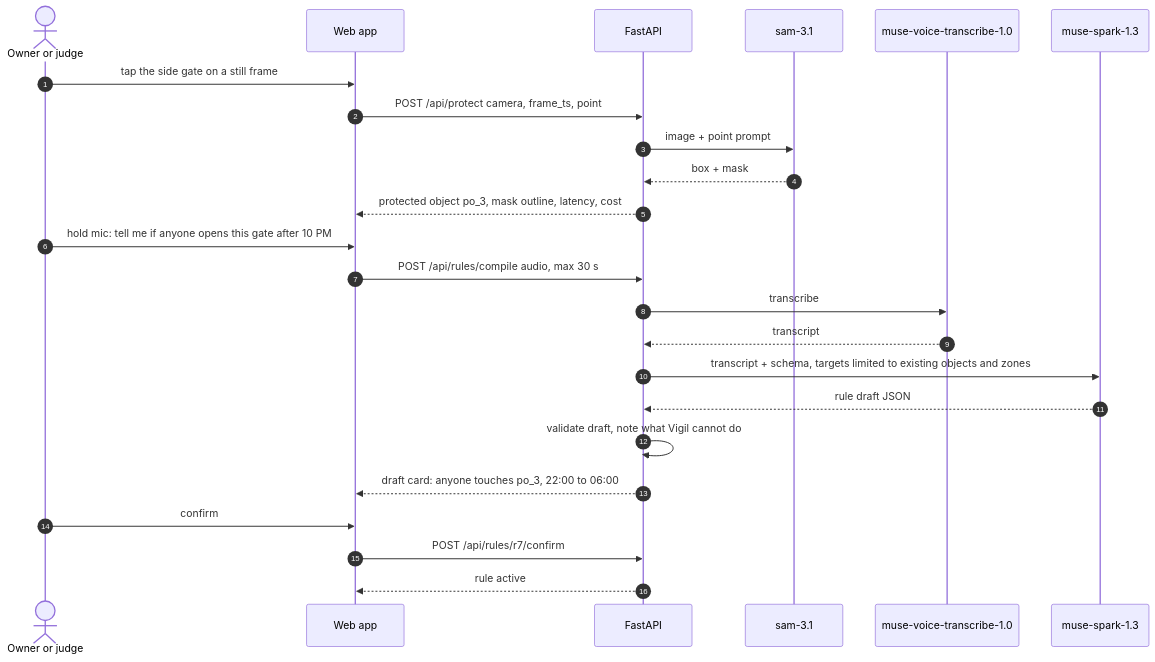
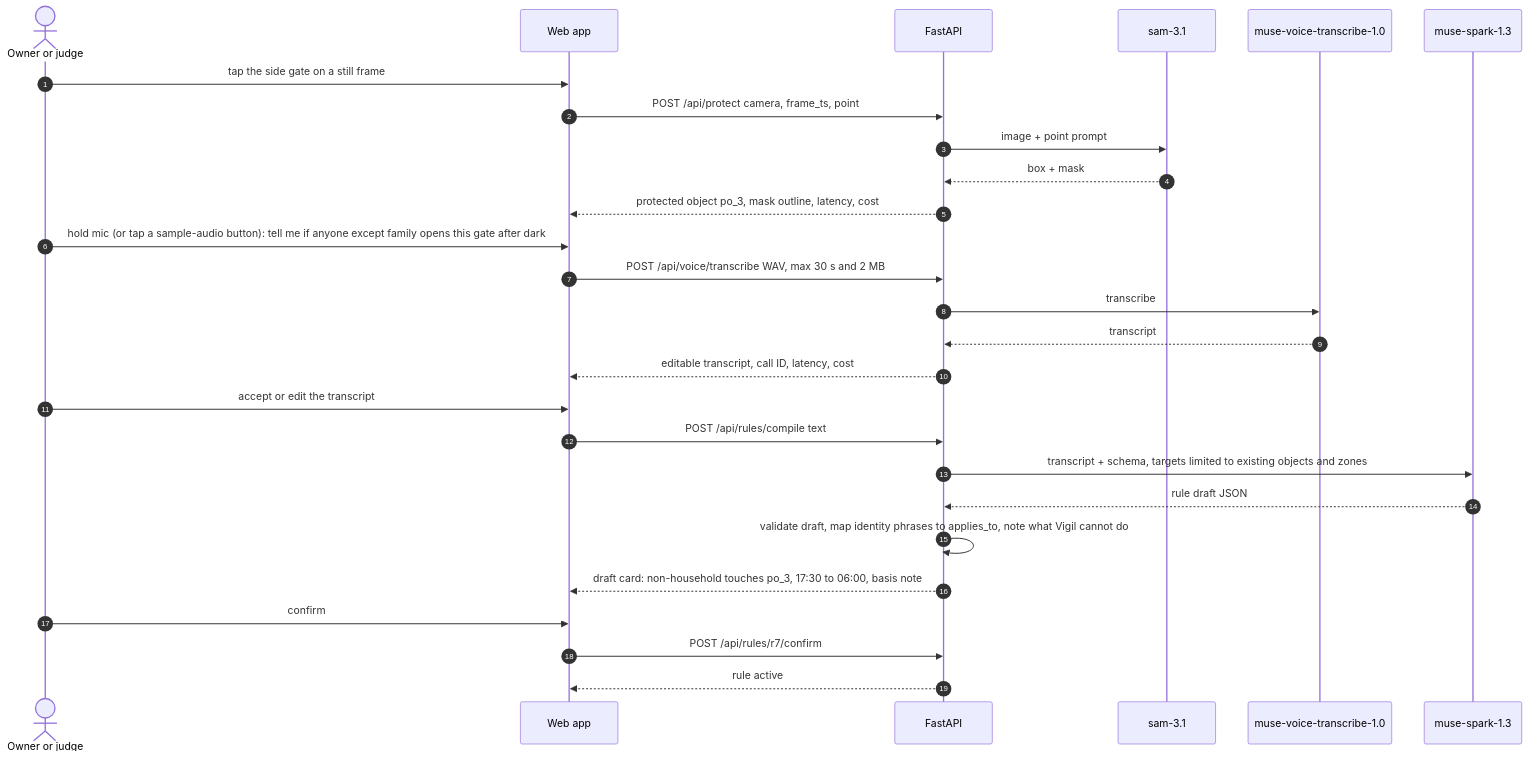
Before and after one commit to gabrielromerod/meta-global-ai-developer-hackathon-2026: the sixth of 14 diagrams in docs/spec/vigil-spec.md, drawn with Mermaid. The commit also changed other lines of this file and 16 other files, not shown here.

````diff
--- a/docs/spec/vigil-spec.md
+++ b/docs/spec/vigil-spec.md
@@ -525,26 +565,29 @@
 ```mermaid
 sequenceDiagram
   autonumber
   actor O as Owner or judge
   participant UI as Web app
   participant API as FastAPI
   participant S as sam-3.1
   participant A as muse-voice-transcribe-1.0
   participant P as muse-spark-1.3
   O->>UI: tap the side gate on a still frame
   UI->>API: POST /api/protect camera, frame_ts, point
   API->>S: image + point prompt
   S-->>API: box + mask
   API-->>UI: protected object po_3, mask outline, latency, cost
-  O->>UI: hold mic: tell me if anyone opens this gate after 10 PM
-  UI->>API: POST /api/rules/compile audio, max 30 s
+  O->>UI: hold mic (or tap a sample-audio button): tell me if anyone except family opens this gate after dark
+  UI->>API: POST /api/voice/transcribe WAV, max 30 s and 2 MB
   API->>A: transcribe
   A-->>API: transcript
+  API-->>UI: editable transcript, call ID, latency, cost
+  O->>UI: accept or edit the transcript
+  UI->>API: POST /api/rules/compile text
   API->>P: transcript + schema, targets limited to existing objects and zones
   P-->>API: rule draft JSON
-  API->>API: validate draft, note what Vigil cannot do
-  API-->>UI: draft card: anyone touches po_3, 22:00 to 06:00
+  API->>API: validate draft, map identity phrases to applies_to, note what Vigil cannot do
+  API-->>UI: draft card: non-household touches po_3, 17:30 to 06:00, basis note
   O->>UI: confirm
   UI->>API: POST /api/rules/r7/confirm
   API-->>UI: rule active
 ```
````
